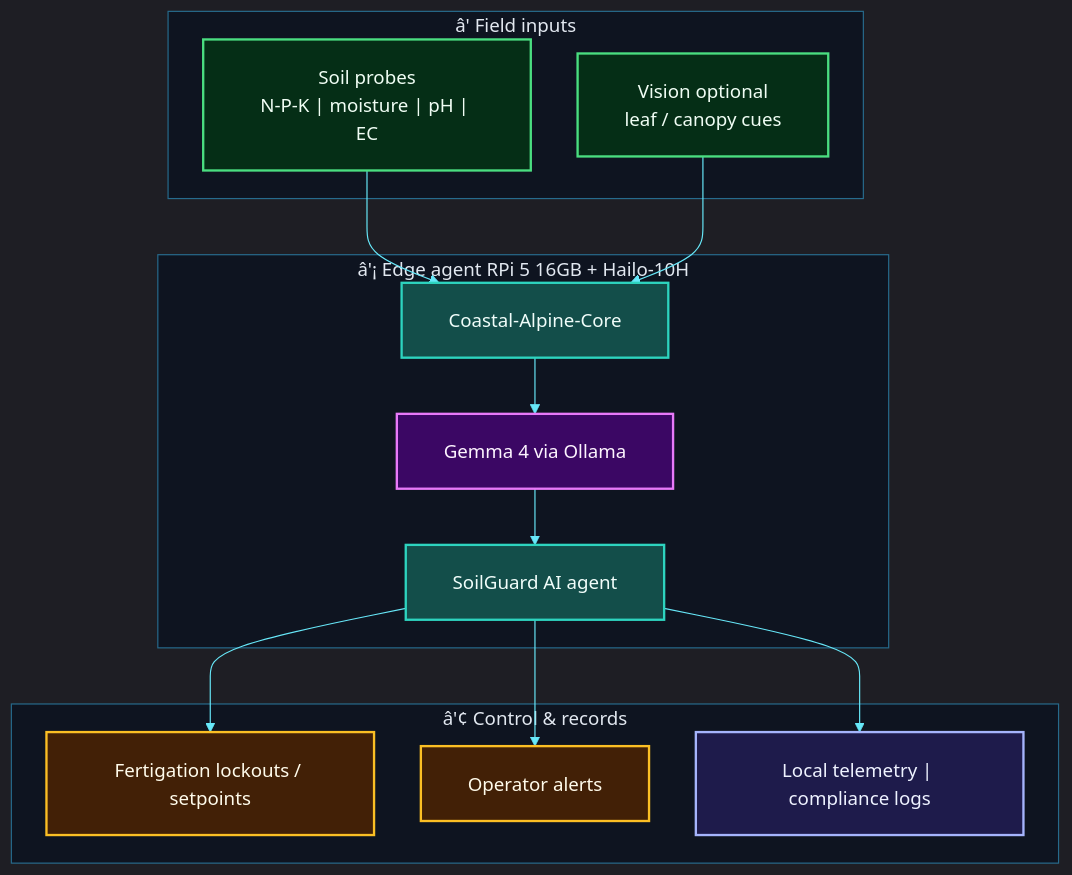
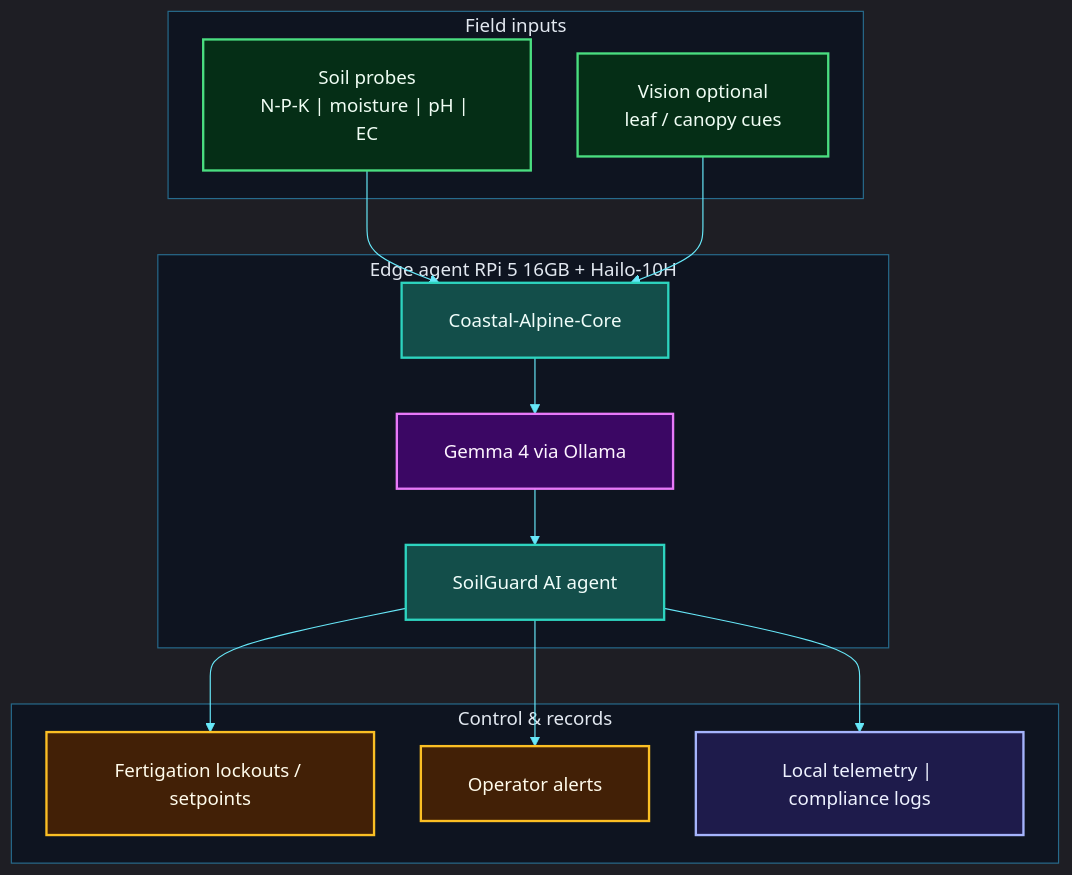
Before and after one commit to fivepanelhat/SoilGuard-Portal: the diagram in README.md, drawn with Mermaid. The commit also changed other lines of this file and 32 other files, not shown here.

````diff
--- a/README.md
+++ b/README.md
@@ -64,60 +62,60 @@
 ```mermaid
 %%{init: {
-  "theme": "dark",
-  "themeVariables": {
-    "fontSize": "16px",
-    "fontFamily": "Inter, ui-sans-serif, system-ui, sans-serif",
-    "primaryColor": "#0ea5e9",
-    "primaryTextColor": "#f8fafc",
-    "primaryBorderColor": "#38bdf8",
-    "lineColor": "#67e8f9",
-    "secondaryColor": "#1e293b",
-    "tertiaryColor": "#0f172a",
-    "clusterBkg": "#0b1220cc",
-    "clusterBorder": "#38bdf880",
-    "titleColor": "#e2e8f0"
-  },
-  "flowchart": {
-    "nodeSpacing": 40,
-    "rankSpacing": 48,
-    "padding": 20,
-    "htmlLabels": true,
-    "curve": "basis"
-  }
+ "theme": "dark",
+ "themeVariables": {
+ "fontSize": "16px",
+ "fontFamily": "Inter, ui-sans-serif, system-ui, sans-serif",
+ "primaryColor": "#0ea5e9",
+ "primaryTextColor": "#f8fafc",
+ "primaryBorderColor": "#38bdf8",
+ "lineColor": "#67e8f9",
+ "secondaryColor": "#1e293b",
+ "tertiaryColor": "#0f172a",
+ "clusterBkg": "#0b1220cc",
+ "clusterBorder": "#38bdf880",
+ "titleColor": "#e2e8f0"
+ },
+ "flowchart": {
+ "nodeSpacing": 40,
+ "rankSpacing": 48,
+ "padding": 20,
+ "htmlLabels": true,
+ "curve": "basis"
+ }
 }}%%
 flowchart TB
 
-    classDef sense fill:#052e16,stroke:#4ade80,stroke-width:2px,color:#f0fdf4
-    classDef edge fill:#0c4a6e,stroke:#38bdf8,stroke-width:2px,color:#f0f9ff
-    classDef core fill:#134e4a,stroke:#2dd4bf,stroke-width:2px,color:#f0fdfa
-    classDef act fill:#422006,stroke:#fbbf24,stroke-width:2px,color:#fffbeb
-    classDef store fill:#1e1b4b,stroke:#a5b4fc,stroke-width:2px,color:#eef2ff
-    classDef ai fill:#3b0764,stroke:#e879f9,stroke-width:2px,color:#fdf4ff
-    classDef app fill:#1e1b4b,stroke:#c4b5fd,stroke-width:2px,color:#eef2ff
+ classDef sense fill:#052e16,stroke:#4ade80,stroke-width:2px,color:#f0fdf4
+ classDef edge fill:#0c4a6e,stroke:#38bdf8,stroke-width:2px,color:#f0f9ff
+ classDef core fill:#134e4a,stroke:#2dd4bf,stroke-width:2px,color:#f0fdfa
+ classDef act fill:#422006,stroke:#fbbf24,stroke-width:2px,color:#fffbeb
+ classDef store fill:#1e1b4b,stroke:#a5b4fc,stroke-width:2px,color:#eef2ff
+ classDef ai fill:#3b0764,stroke:#e879f9,stroke-width:2px,color:#fdf4ff
+ classDef app fill:#1e1b4b,stroke:#c4b5fd,stroke-width:2px,color:#eef2ff
 
-    subgraph IN["â'  Field inputs"]
-        S["Soil probes<br/>N-P-K | moisture | pH | EC"]
-        V["Vision optional<br/>leaf / canopy cues"]
-    end
+ subgraph IN[" Field inputs"]
+ S["Soil probes<br/>N-P-K | moisture | pH | EC"]
+ V["Vision optional<br/>leaf / canopy cues"]
+ end
 
-    subgraph EDGE["â'¡ Edge agent  RPi 5 16GB + Hailo-10H"]
-        CORE["Coastal-Alpine-Core"]
-        LLM["Gemma 4 via Ollama"]
-        AG["SoilGuard AI agent"]
-    end
+ subgraph EDGE[" Edge agent RPi 5 16GB + Hailo-10H"]
+ CORE["Coastal-Alpine-Core"]
+ LLM["Gemma 4 via Ollama"]
+ AG["SoilGuard AI agent"]
+ end
 
-    subgraph OUT["â'¢ Control & records"]
-        FERT["Fertigation lockouts / setpoints"]
-        ALERT["Operator alerts"]
-        STORE["Local telemetry | compliance logs"]
-    end
+ subgraph OUT[" Control & records"]
+ FERT["Fertigation lockouts / setpoints"]
+ ALERT["Operator alerts"]
+ STORE["Local telemetry | compliance logs"]
+ end
 
-    S & V --> CORE --> LLM --> AG
-    AG --> FERT & ALERT & STORE
+ S & V --> CORE --> LLM --> AG
+ AG --> FERT & ALERT & STORE
 
-    class S,V sense
-    class CORE,AG core
-    class LLM ai
-    class FERT,ALERT act
-    class STORE store
+ class S,V sense
+ class CORE,AG core
+ class LLM ai
+ class FERT,ALERT act
+ class STORE store
 ```
````
